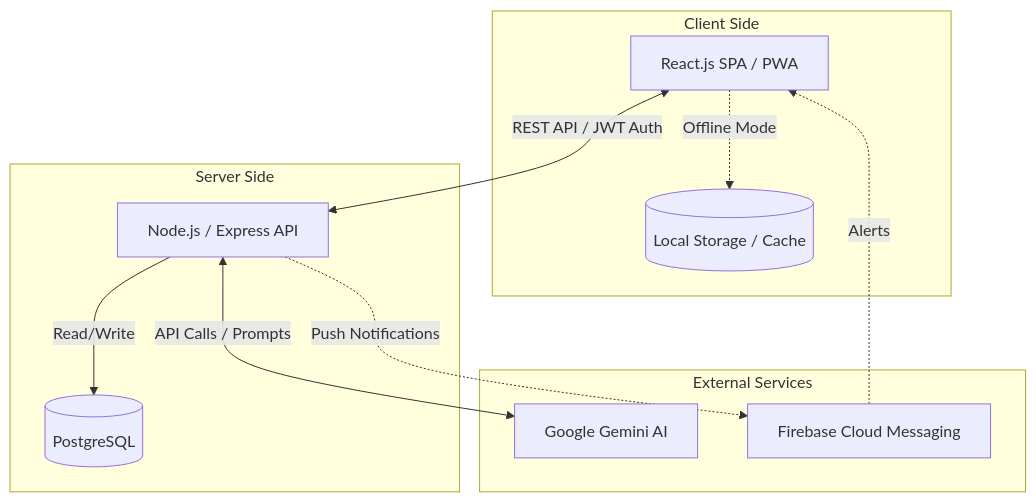
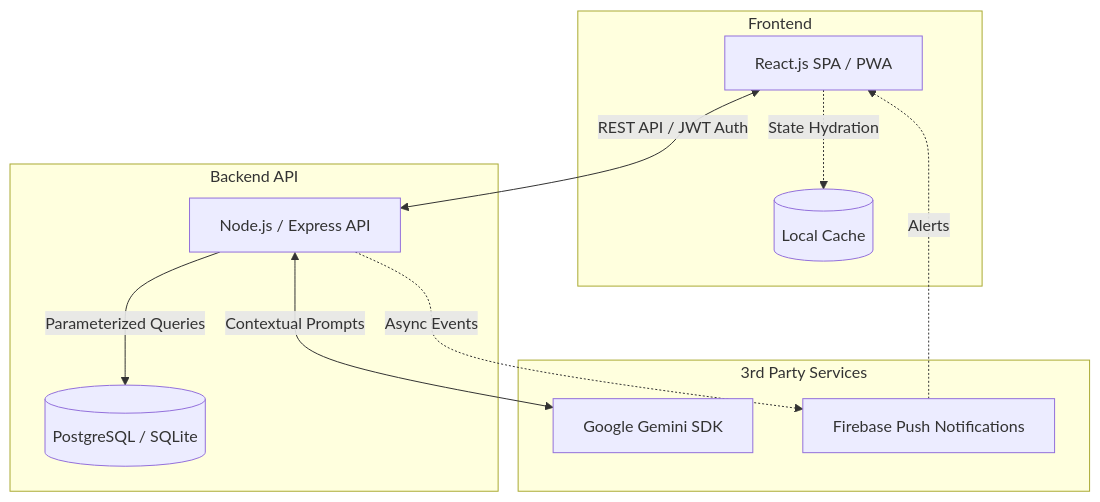
One commit to dwikrisnandi/siakad-dkn-dkn changed the diagram in README.md. Above: the diagram before and after it, drawn with Mermaid. The commit also changed other lines of this file, not shown here.

````diff
--- a/README.md
+++ b/README.md
@@ -29,24 +43,24 @@
 ```mermaid
 flowchart TD
-    subgraph ClientSide [Client Side]
+    subgraph ClientSide [Frontend]
         Client[React.js SPA / PWA]
-        LocalDB[(Local Storage / Cache)]
-        Client -.->|Offline Mode| LocalDB
+        LocalDB[(Local Cache)]
+        Client -.->|State Hydration| LocalDB
     end
 
-    subgraph ServerSide [Server Side]
+    subgraph ServerSide [Backend API]
         API[Node.js / Express API]
-        DB[(PostgreSQL)]
-        API -->|Read/Write| DB
+        DB[(PostgreSQL / SQLite)]
+        API -->|Parameterized Queries| DB
     end
 
-    subgraph ExternalServices [External Services]
-        AI[Google Gemini AI]
-        FCM[Firebase Cloud Messaging]
+    subgraph ExternalServices [3rd Party Services]
+        AI[Google Gemini SDK]
+        FCM[Firebase Push Notifications]
     end
 
     Client <-->|REST API / JWT Auth| API
-    API <-->|API Calls / Prompts| AI
-    API -.->|Push Notifications| FCM
+    API <-->|Contextual Prompts| AI
+    API -.->|Async Events| FCM
     FCM -.->|Alerts| Client
 ```
````
